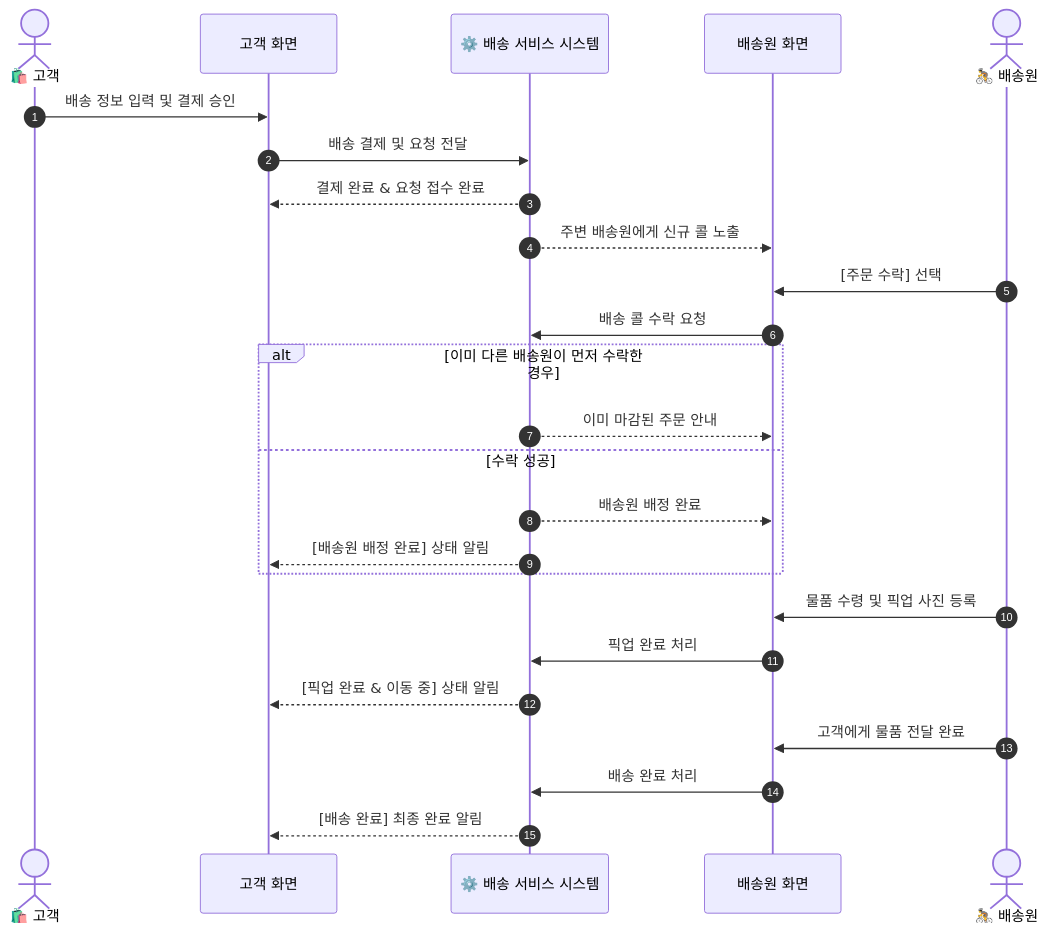
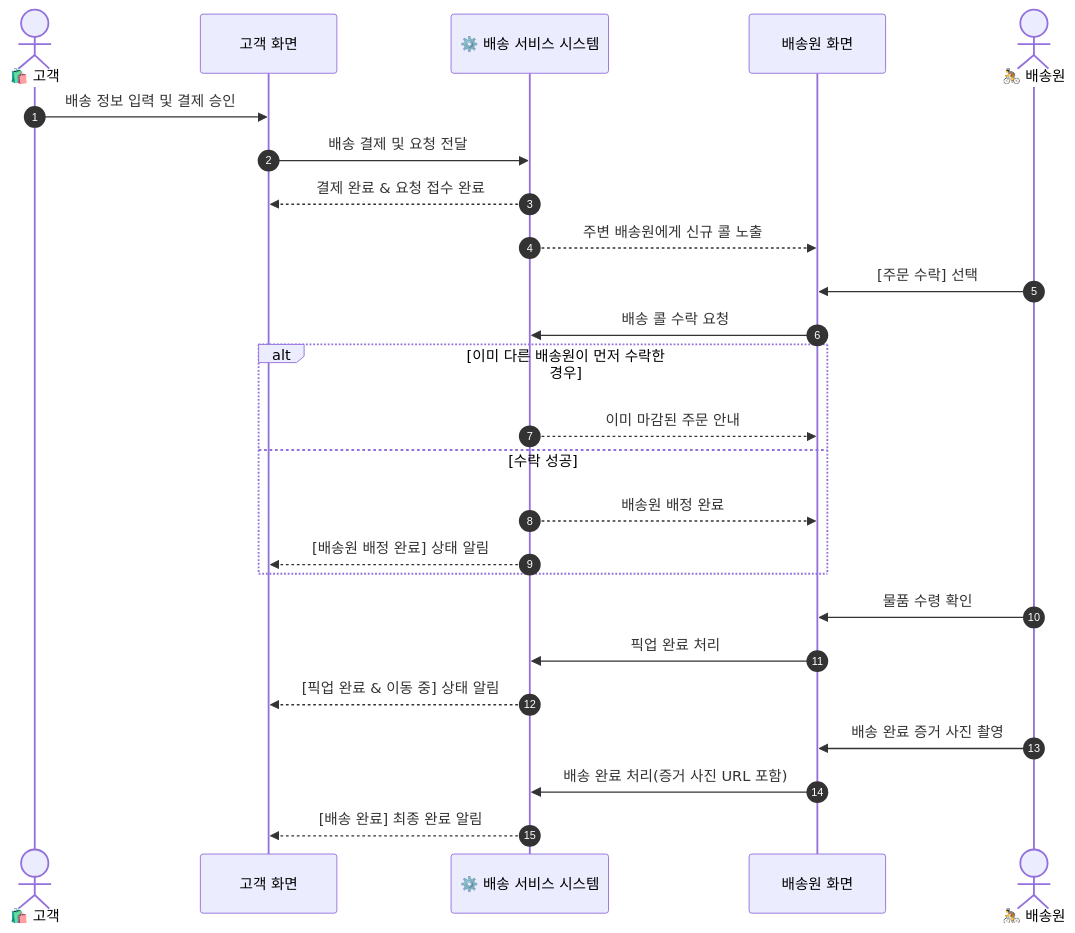
The third of 3 diagrams in docs/architecture/전체-유저-플로우-가이드.md (ShinhanDSProject/shinhan-delivery), drawn with Mermaid before and after one commit. The commit also changed other lines of this file and 1 other file, not shown here.

Commit message:
fix: 리뷰 반영 - 완료사진 업로드 경쟁상태 수정 및 문서 상태값 동기화
CodeRabbit 인라인 리뷰 반영.

1. delivery-complete-photo.html: 사진 업로드 도중 다른 사진을 다시
   선택하면, 먼저 보낸 요청의 응답이 나중에 도착할 경우 최신 선택을
   덮어써서 엉뚱한 사진이 증거사진으로 제출될 수 있었다. 선택 시마다
   버전을 증가시켜 오래된 응답은 무시하도록 수정. 업로드 실패 시
   input을 초기화해 같은 파일 재선택으로도 재시도 가능하게 했다.
2. 전체-유저-플로우-가이드.md: 이번 PR에서 제외한 픽업 시점 사진
   등록 관련 서술(123, 157줄)과, 실제 구현과 다른 최종 상태값
   DELIVERED(190줄, 실제는 COMPLETED)를 수정했다.

````diff
--- a/docs/architecture/전체-유저-플로우-가이드.md
+++ b/docs/architecture/전체-유저-플로우-가이드.md
@@ -134,31 +134,31 @@
 ```mermaid
 sequenceDiagram
     autonumber
     actor Customer as 🛍️ 고객
     participant FE_Cust as 고객 화면
     participant Service as ⚙️ 배송 서비스 시스템
     participant FE_Cour as 배송원 화면
     actor Courier as 🚴 배송원
 
     Customer->>FE_Cust: 배송 정보 입력 및 결제 승인
     FE_Cust->>Service: 배송 결제 및 요청 전달
     Service-->>FE_Cust: 결제 완료 & 요청 접수 완료
     Service-->>FE_Cour: 주변 배송원에게 신규 콜 노출
 
     Courier->>FE_Cour: [주문 수락] 선택
     FE_Cour->>Service: 배송 콜 수락 요청
     alt 이미 다른 배송원이 먼저 수락한 경우
         Service-->>FE_Cour: 이미 마감된 주문 안내
     else 수락 성공
         Service-->>FE_Cour: 배송원 배정 완료
         Service-->>FE_Cust: [배송원 배정 완료] 상태 알림
     end
 
-    Courier->>FE_Cour: 물품 수령 및 픽업 사진 등록
+    Courier->>FE_Cour: 물품 수령 확인
     FE_Cour->>Service: 픽업 완료 처리
     Service-->>FE_Cust: [픽업 완료 & 이동 중] 상태 알림
 
-    Courier->>FE_Cour: 고객에게 물품 전달 완료
-    FE_Cour->>Service: 배송 완료 처리
+    Courier->>FE_Cour: 배송 완료 증거 사진 촬영
+    FE_Cour->>Service: 배송 완료 처리(증거 사진 URL 포함)
     Service-->>FE_Cust: [배송 완료] 최종 완료 알림
 ```
````
